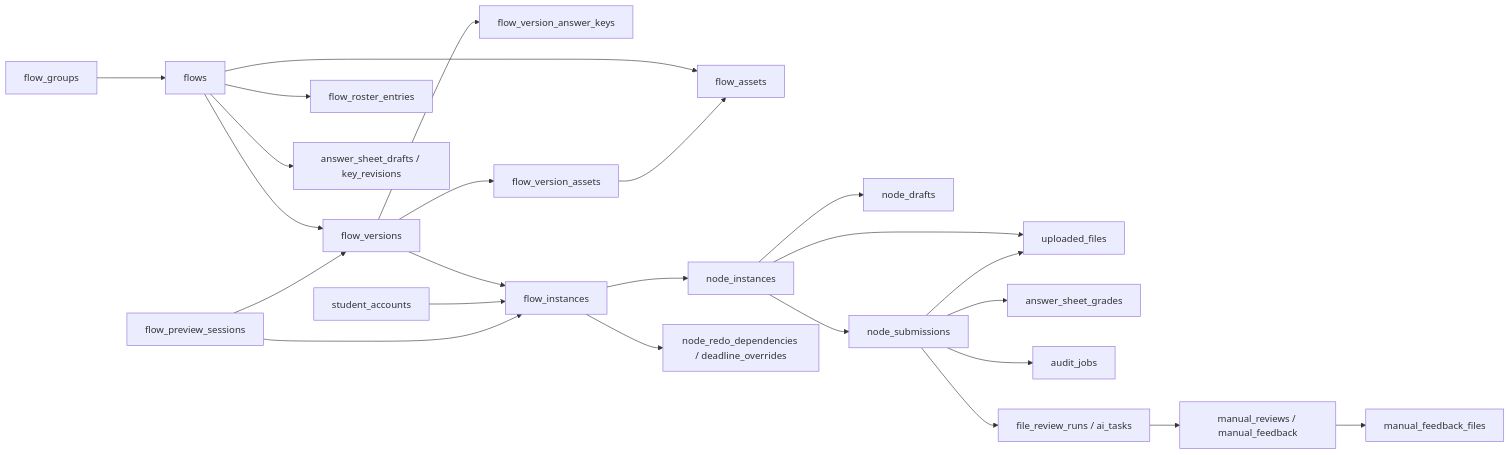
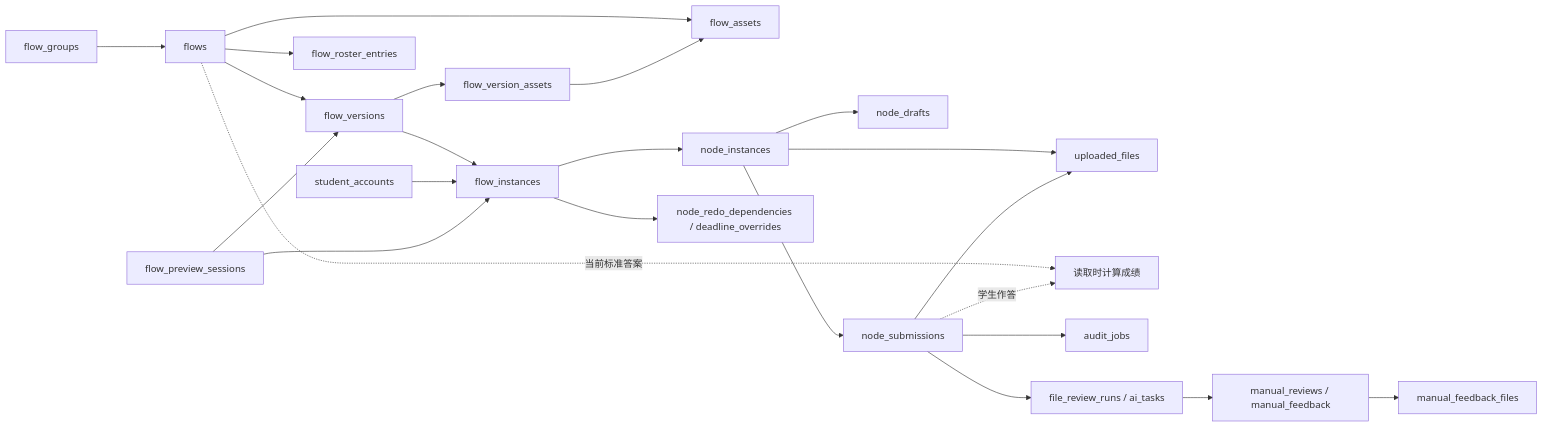
The diagram in docs/database-table-consolidation-audit.md (layerism/moyin), drawn with Mermaid before and after one commit. The commit also changed other lines of this file and 22 other files, not shown here.

Commit message:
refactor: consolidate answer keys and calculate grades on read

````diff
--- a/docs/database-table-consolidation-audit.md
+++ b/docs/database-table-consolidation-audit.md
@@ -210,26 +210,25 @@
 ```mermaid
 flowchart LR
     G[flow_groups] --> F[flows]
     F --> V[flow_versions]
     F --> R[flow_roster_entries]
     F --> A[flow_assets]
-    F --> K[answer_sheet_drafts / key_revisions]
-    V --> VK[flow_version_answer_keys]
     V --> VA[flow_version_assets]
     VA --> A
     V --> I[flow_instances]
     SA[student_accounts] --> I
     I --> N[node_instances]
     I --> X[node_redo_dependencies / deadline_overrides]
     N --> D[node_drafts]
     N --> S[node_submissions]
     N --> U[uploaded_files]
     S --> U
-    S --> GR[answer_sheet_grades]
+    F -. 当前标准答案 .-> GR[读取时计算成绩]
+    S -. 学生作答 .-> GR
     S --> J[audit_jobs]
     S --> FR[file_review_runs / ai_tasks]
     FR --> MF[manual_reviews / manual_feedback]
     MF --> FF[manual_feedback_files]
     P[flow_preview_sessions] --> V
     P --> I
 ```
````
